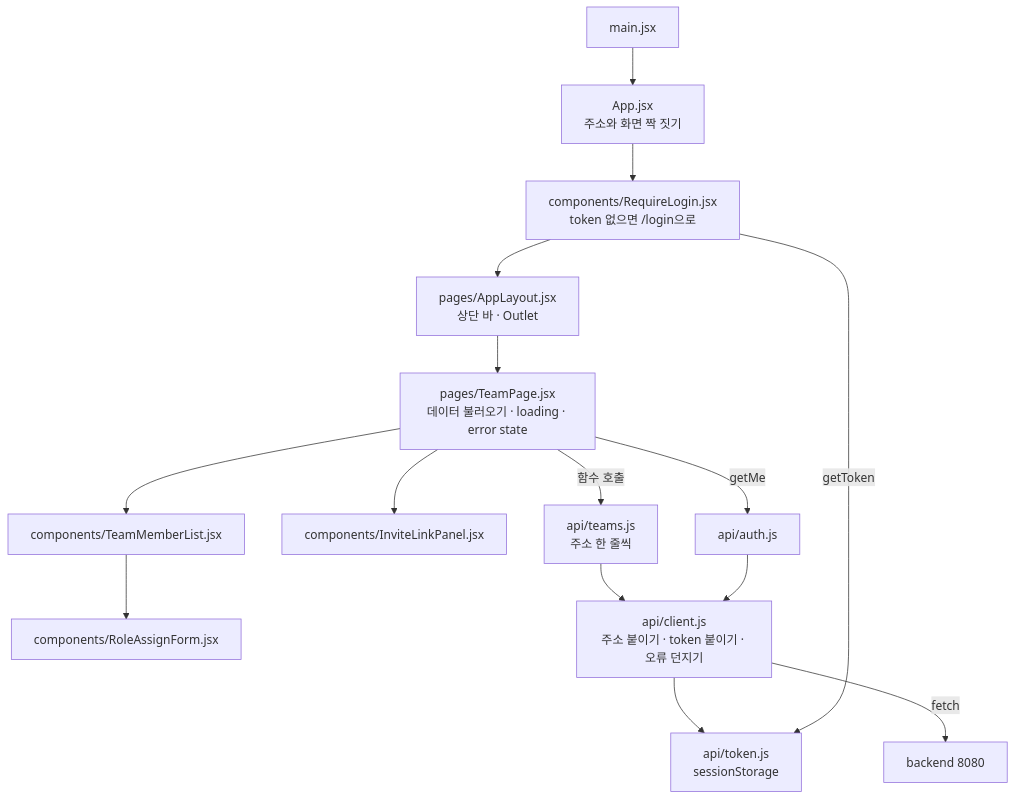
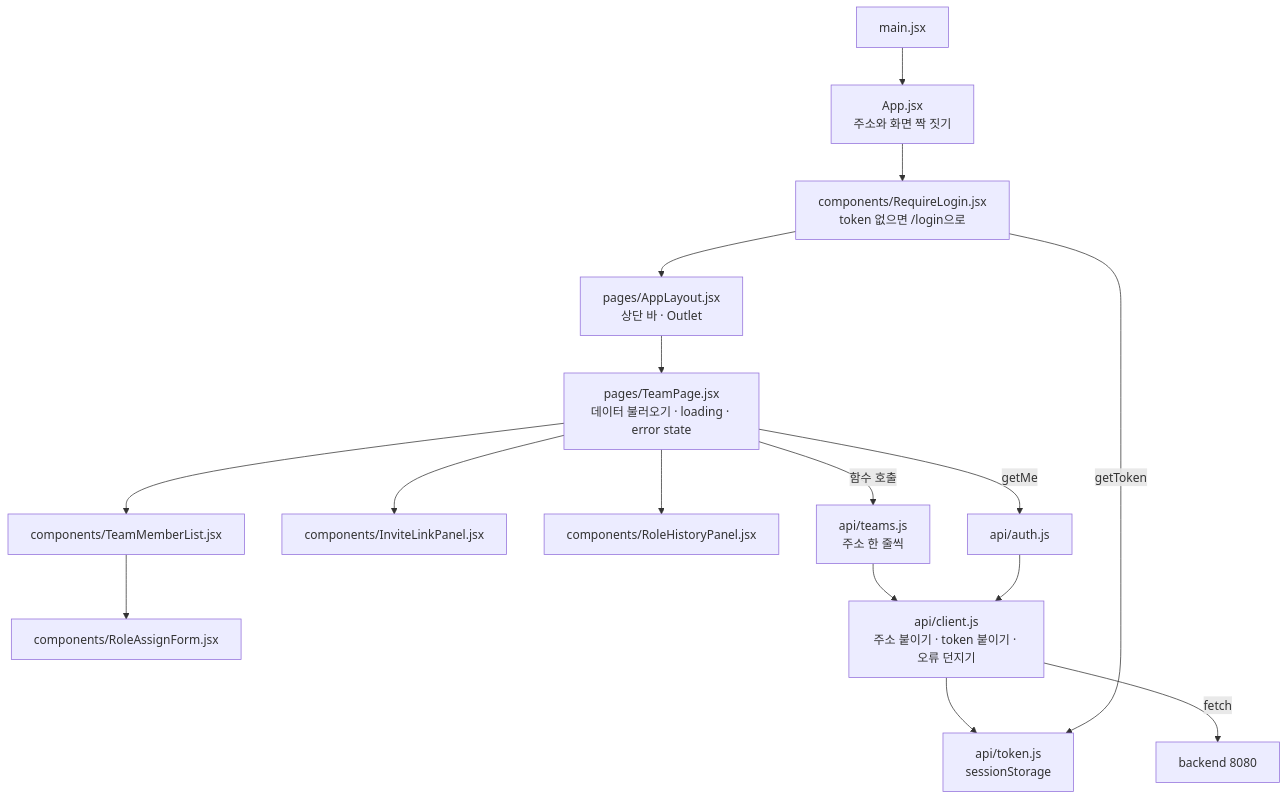
One commit to Pyrite9/footprint-demo changed the fourth of 6 diagrams in docs/architecture.md. Above: the diagram before and after it, drawn with Mermaid. The commit also changed other lines of this file and 27 other files, not shown here.

Commit message:
feat: add role change with history

````diff
--- a/docs/architecture.md
+++ b/docs/architecture.md
@@ -134,19 +134,20 @@
 ```mermaid
 flowchart TB
     main["main.jsx"] --> app["App.jsx<br/>주소와 화면 짝 짓기"]
     app --> require["components/RequireLogin.jsx<br/>token 없으면 /login으로"]
     require --> layout["pages/AppLayout.jsx<br/>상단 바 · Outlet"]
     layout --> page["pages/TeamPage.jsx<br/>데이터 불러오기 · loading · error state"]
 
     page --> comp1["components/TeamMemberList.jsx"]
     comp1 --> comp2["components/RoleAssignForm.jsx"]
     page --> comp3["components/InviteLinkPanel.jsx"]
+    page --> comp4["components/RoleHistoryPanel.jsx"]
 
     page -- "함수 호출" --> api["api/teams.js<br/>주소 한 줄씩"]
     page -- "getMe" --> auth["api/auth.js"]
     api --> client["api/client.js<br/>주소 붙이기 · token 붙이기 · 오류 던지기"]
     auth --> client
     client --> token["api/token.js<br/>sessionStorage"]
     require -- "getToken" --> token
     client -- "fetch" --> server["backend 8080"]
 ```
````
